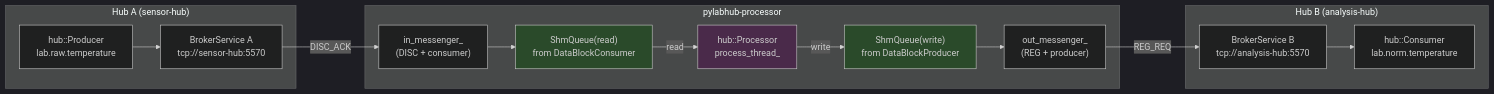
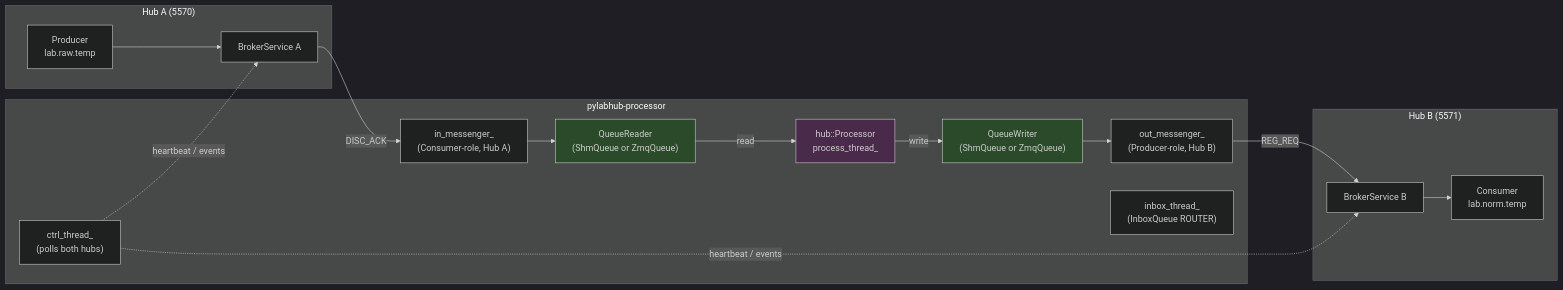
The diagram in cpp/docs/HEP/HEP-CORE-0015-Processor-Binary.md (Qing-LAB/pylabhub), drawn with Mermaid before and after one commit. The commit also changed other lines of this file and 171 other files, not shown here.

First line of the commit message:
HEP-0024 design + ZMQ LINGER=0 policy + CLI test temp-dir fix + 1078/1078 tests

````diff
--- a/cpp/docs/HEP/HEP-CORE-0015-Processor-Binary.md
+++ b/cpp/docs/HEP/HEP-CORE-0015-Processor-Binary.md
@@ -473,34 +608,39 @@
 ```mermaid
 %%{init: {'theme': 'dark'}}%%
 graph LR
-    subgraph "Hub A (sensor-hub)"
-        PA["hub::Producer<br/>lab.raw.temperature"]
-        BA["BrokerService A<br/>tcp://sensor-hub:5570"]
+    subgraph "Hub A (5570)"
+        PA["Producer\nlab.raw.temp"]
+        BA["BrokerService A"]
     end
 
     subgraph "pylabhub-processor"
-        IN_MSG["in_messenger_<br/>(DISC + consumer)"]
-        SQ_IN["ShmQueue(read)<br/>from DataBlockConsumer"]
-        PROC["hub::Processor<br/>process_thread_"]
-        SQ_OUT["ShmQueue(write)<br/>from DataBlockProducer"]
-        OUT_MSG["out_messenger_<br/>(REG + producer)"]
+        IN_MSG["in_messenger_\n(Consumer-role, Hub A)"]
+        IN_Q["QueueReader\n(ShmQueue or ZmqQueue)"]
+        PROC["hub::Processor\nprocess_thread_"]
+        OUT_Q["QueueWriter\n(ShmQueue or ZmqQueue)"]
+        OUT_MSG["out_messenger_\n(Producer-role, Hub B)"]
+        CTRL["ctrl_thread_\n(polls both hubs)"]
+        INBOX["inbox_thread_\n(InboxQueue ROUTER)"]
     end
 
-    subgraph "Hub B (analysis-hub)"
-        BB["BrokerService B<br/>tcp://analysis-hub:5570"]
-        CA["hub::Consumer<br/>lab.norm.temperature"]
+    subgraph "Hub B (5571)"
+        BB["BrokerService B"]
+        CA["Consumer\nlab.norm.temp"]
     end
 
     PA --> BA
     BA -->|DISC_ACK| IN_MSG
-    IN_MSG --> SQ_IN
-    SQ_IN -->|read| PROC
-    PROC -->|write| SQ_OUT
-    SQ_OUT --> OUT_MSG
+    IN_MSG --> IN_Q
+    IN_Q -->|read| PROC
+    PROC -->|write| OUT_Q
+    OUT_Q --> OUT_MSG
     OUT_MSG -->|REG_REQ| BB
     BB --> CA
 
+    CTRL -.->|heartbeat / events| BA
+    CTRL -.->|heartbeat / events| BB
+
     style PROC fill:#4a2a4a
-    style SQ_IN fill:#2a4a2a
-    style SQ_OUT fill:#2a4a2a
+    style IN_Q fill:#2a4a2a
+    style OUT_Q fill:#2a4a2a
 ```
````
